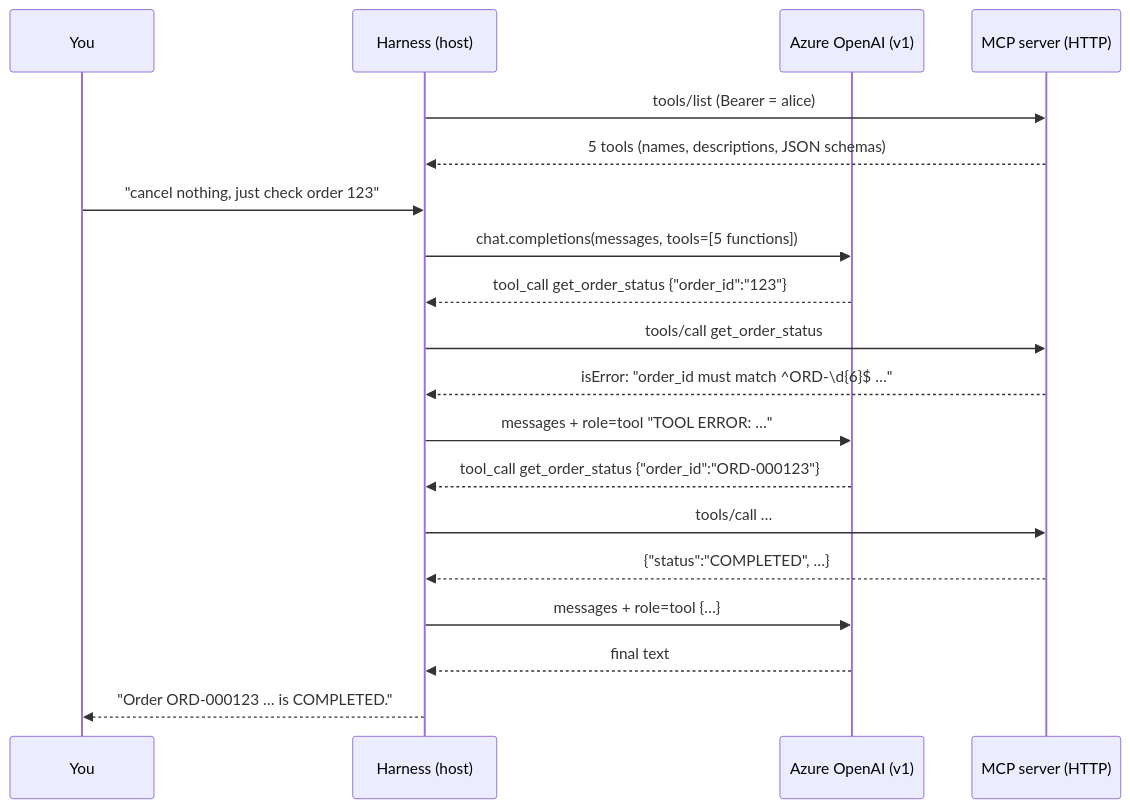
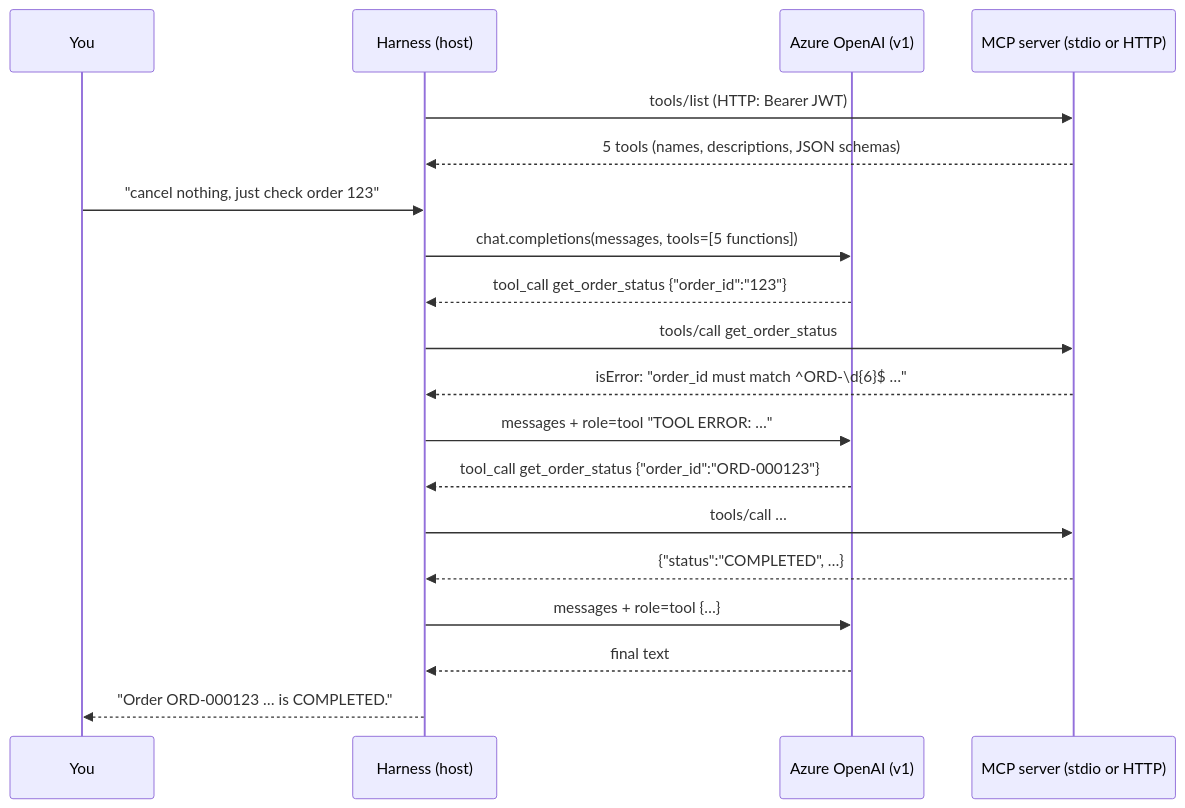
One commit to teja1989/Intel-Inteligence-mcp changed the diagram in docs/05-llm-harness.md. Above: the diagram before and after it, drawn with Mermaid. The commit also changed other lines of this file and 72 other files, not shown here.

````diff
--- a/docs/05-llm-harness.md
+++ b/docs/05-llm-harness.md
@@ -28,21 +31,21 @@
 ```mermaid
 sequenceDiagram
     participant U as You
     participant H as Harness (host)
     participant A as Azure OpenAI (v1)
-    participant M as MCP server (HTTP)
-    H->>M: tools/list (Bearer = alice)
+    participant M as MCP server (stdio or HTTP)
+    H->>M: tools/list (HTTP: Bearer JWT)
     M-->>H: 5 tools (names, descriptions, JSON schemas)
     U->>H: "cancel nothing, just check order 123"
     H->>A: chat.completions(messages, tools=[5 functions])
     A-->>H: tool_call get_order_status {"order_id":"123"}
     H->>M: tools/call get_order_status
     M-->>H: isError: "order_id must match ^ORD-\d{6}$ …"
     H->>A: messages + role=tool "TOOL ERROR: …"
     A-->>H: tool_call get_order_status {"order_id":"ORD-000123"}
     H->>M: tools/call …
     M-->>H: {"status":"COMPLETED", …}
     H->>A: messages + role=tool {…}
     A-->>H: final text
     H-->>U: "Order ORD-000123 … is COMPLETED."
 ```
````
